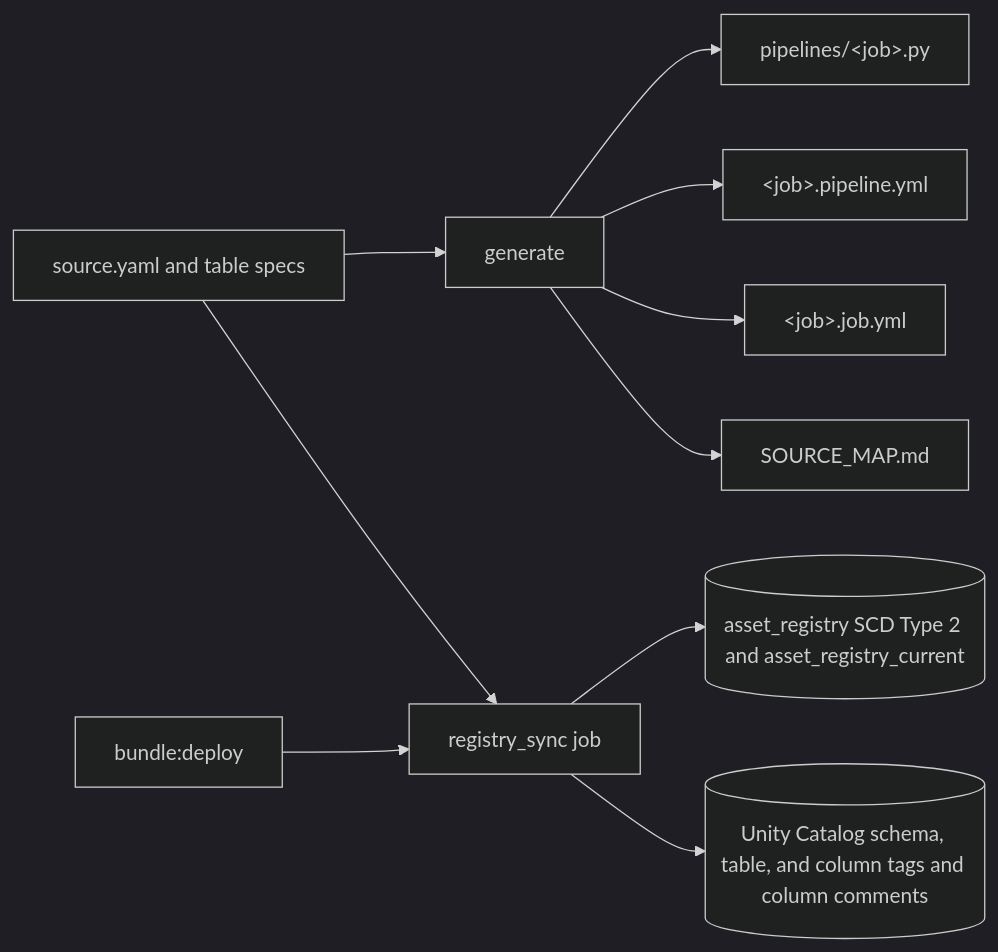
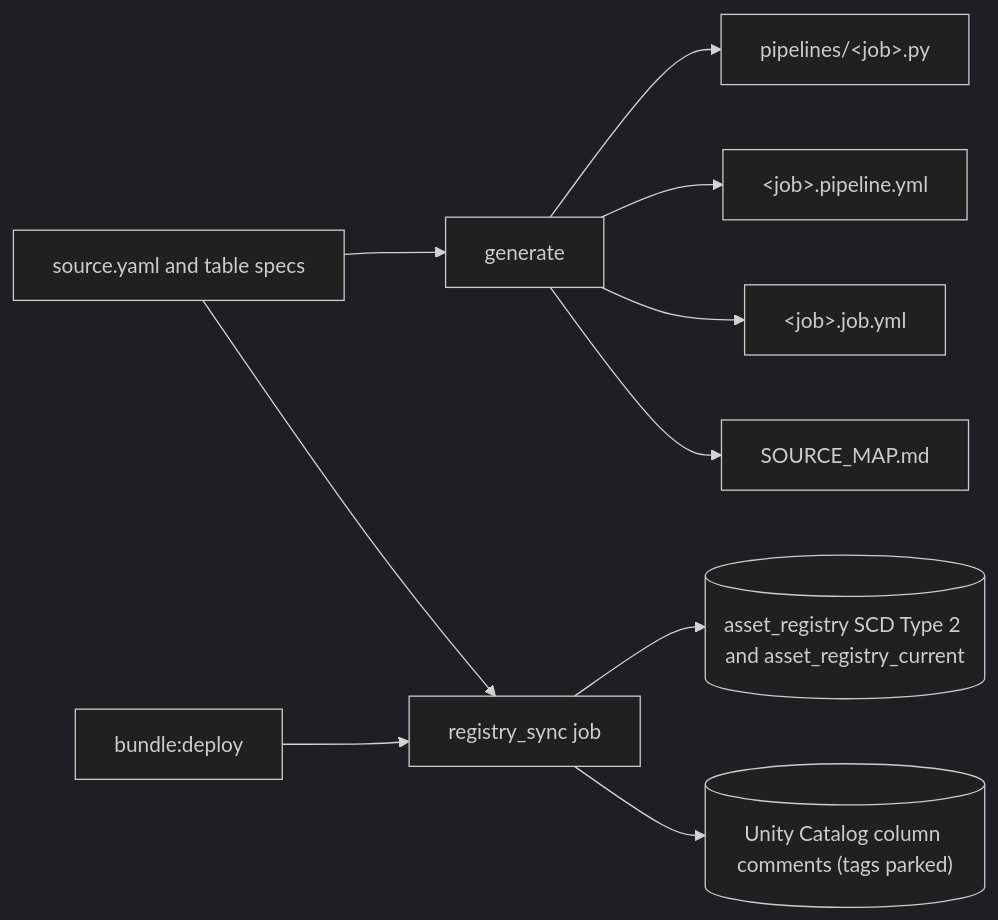
One commit to NitinKeshavB/framework changed the first of 9 diagrams in framework_docs/ARCHITECTURE.md. Above: the diagram before and after it, drawn with Mermaid (dark theme). The commit also changed other lines of this file and 17 other files, not shown here.

````diff
--- a/framework_docs/ARCHITECTURE.md
+++ b/framework_docs/ARCHITECTURE.md
@@ -55,12 +59,12 @@
 ```mermaid
 flowchart LR
   spec[source.yaml and table specs] --> generate[generate]
   generate --> pipelineFile["pipelines/&lt;job&gt;.py"]
   generate --> pipelineRes["&lt;job&gt;.pipeline.yml"]
   generate --> jobRes["&lt;job&gt;.job.yml"]
   generate --> map[SOURCE_MAP.md]
   deploy[bundle:deploy] --> registrySync[registry_sync job]
   spec --> registrySync
   registrySync --> registry[(asset_registry SCD Type 2 and asset_registry_current)]
-  registrySync --> uc[(Unity Catalog schema, table, and column tags and column comments)]
+  registrySync --> uc[("Unity Catalog column comments (tags parked)")]
 ```
````
